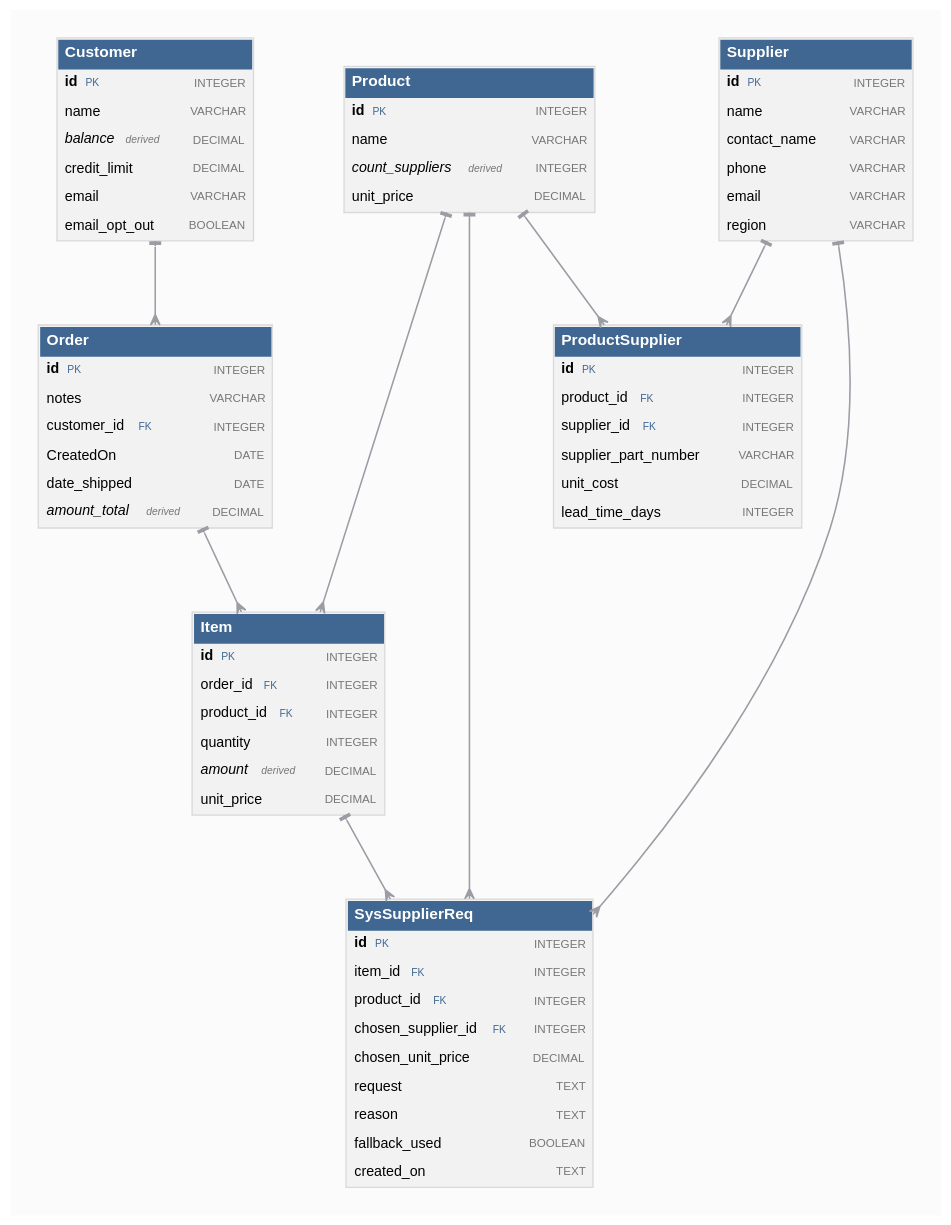
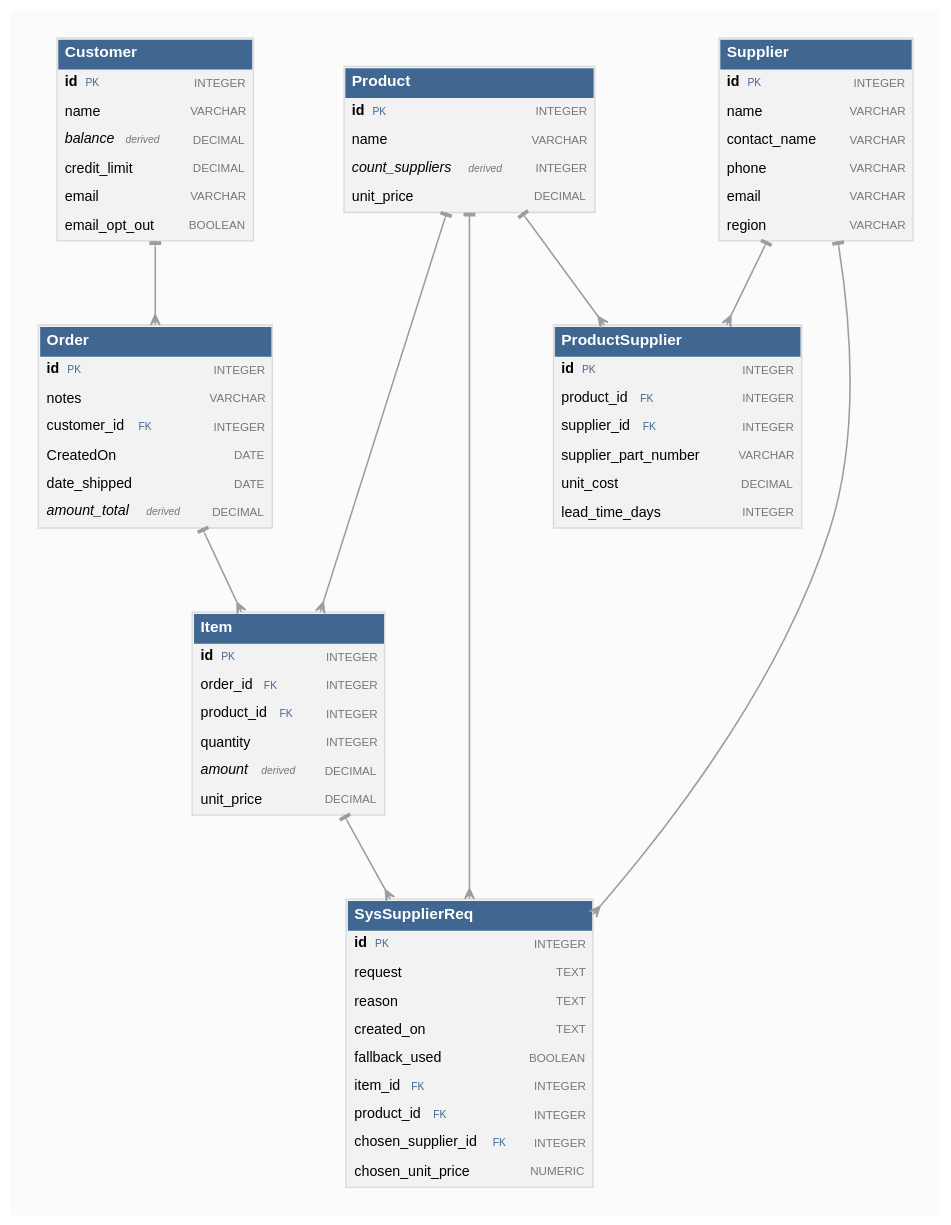
One commit to ApiLogicServer/ApiLogicServer-src changed the diagram in api_logic_server_cli/prototypes/manager/samples/basic_demo_ai_rules-supplier/docs/requirements/db_diagram.generated.dot. Above: the diagram before and after it, drawn with Graphviz. The commit also changed 89 other files, not shown here.

```diff
--- a/api_logic_server_cli/prototypes/manager/samples/basic_demo_ai_rules-supplier/docs/requirements/db_diagram.generated.dot
+++ b/api_logic_server_cli/prototypes/manager/samples/basic_demo_ai_rules-supplier/docs/requirements/db_diagram.generated.dot
@@ -1,21 +1,21 @@
 digraph db {
   graph [rankdir=TB, bgcolor="#fbfbfb", pad=0.3, nodesep=0.6, ranksep=0.9, fontname="Helvetica"];
   node [shape=plain, fontname="Helvetica", fontsize=11];
   edge [color="#9b9ca4", penwidth=1.2, dir=both, arrowtail=tee, arrowhead=crow, arrowsize=0.8];
   "Customer" [label=<<TABLE BORDER="1" COLOR="#d9d9d9" CELLBORDER="0" CELLSPACING="0" CELLPADDING="5" BGCOLOR="#f2f2f2"><TR><TD COLSPAN="2" ALIGN="LEFT" BGCOLOR="#3f6792"><FONT COLOR="white" POINT-SIZE="12"><B>Customer</B></FONT></TD></TR><TR><TD ALIGN="LEFT"><B>id</B> <FONT POINT-SIZE="8" COLOR="#3f6792">PK</FONT>&nbsp;&nbsp;</TD><TD ALIGN="RIGHT"><FONT POINT-SIZE="9" COLOR="#777777">INTEGER</FONT></TD></TR><TR><TD ALIGN="LEFT">name&nbsp;&nbsp;</TD><TD ALIGN="RIGHT"><FONT POINT-SIZE="9" COLOR="#777777">VARCHAR</FONT></TD></TR><TR><TD ALIGN="LEFT"><I>balance</I> <FONT POINT-SIZE="8" COLOR="#777777"><I>derived</I></FONT>&nbsp;&nbsp;</TD><TD ALIGN="RIGHT"><FONT POINT-SIZE="9" COLOR="#777777">DECIMAL</FONT></TD></TR><TR><TD ALIGN="LEFT">credit_limit&nbsp;&nbsp;</TD><TD ALIGN="RIGHT"><FONT POINT-SIZE="9" COLOR="#777777">DECIMAL</FONT></TD></TR><TR><TD ALIGN="LEFT">email&nbsp;&nbsp;</TD><TD ALIGN="RIGHT"><FONT POINT-SIZE="9" COLOR="#777777">VARCHAR</FONT></TD></TR><TR><TD ALIGN="LEFT">email_opt_out&nbsp;&nbsp;</TD><TD ALIGN="RIGHT"><FONT POINT-SIZE="9" COLOR="#777777">BOOLEAN</FONT></TD></TR></TABLE>>];
   "Item" [label=<<TABLE BORDER="1" COLOR="#d9d9d9" CELLBORDER="0" CELLSPACING="0" CELLPADDING="5" BGCOLOR="#f2f2f2"><TR><TD COLSPAN="2" ALIGN="LEFT" BGCOLOR="#3f6792"><FONT COLOR="white" POINT-SIZE="12"><B>Item</B></FONT></TD></TR><TR><TD ALIGN="LEFT"><B>id</B> <FONT POINT-SIZE="8" COLOR="#3f6792">PK</FONT>&nbsp;&nbsp;</TD><TD ALIGN="RIGHT"><FONT POINT-SIZE="9" COLOR="#777777">INTEGER</FONT></TD></TR><TR><TD ALIGN="LEFT">order_id <FONT POINT-SIZE="8" COLOR="#3f6792">FK</FONT>&nbsp;&nbsp;</TD><TD ALIGN="RIGHT"><FONT POINT-SIZE="9" COLOR="#777777">INTEGER</FONT></TD></TR><TR><TD ALIGN="LEFT">product_id <FONT POINT-SIZE="8" COLOR="#3f6792">FK</FONT>&nbsp;&nbsp;</TD><TD ALIGN="RIGHT"><FONT POINT-SIZE="9" COLOR="#777777">INTEGER</FONT></TD></TR><TR><TD ALIGN="LEFT">quantity&nbsp;&nbsp;</TD><TD ALIGN="RIGHT"><FONT POINT-SIZE="9" COLOR="#777777">INTEGER</FONT></TD></TR><TR><TD ALIGN="LEFT"><I>amount</I> <FONT POINT-SIZE="8" COLOR="#777777"><I>derived</I></FONT>&nbsp;&nbsp;</TD><TD ALIGN="RIGHT"><FONT POINT-SIZE="9" COLOR="#777777">DECIMAL</FONT></TD></TR><TR><TD ALIGN="LEFT">unit_price&nbsp;&nbsp;</TD><TD ALIGN="RIGHT"><FONT POINT-SIZE="9" COLOR="#777777">DECIMAL</FONT></TD></TR></TABLE>>];
   "Order" [label=<<TABLE BORDER="1" COLOR="#d9d9d9" CELLBORDER="0" CELLSPACING="0" CELLPADDING="5" BGCOLOR="#f2f2f2"><TR><TD COLSPAN="2" ALIGN="LEFT" BGCOLOR="#3f6792"><FONT COLOR="white" POINT-SIZE="12"><B>Order</B></FONT></TD></TR><TR><TD ALIGN="LEFT"><B>id</B> <FONT POINT-SIZE="8" COLOR="#3f6792">PK</FONT>&nbsp;&nbsp;</TD><TD ALIGN="RIGHT"><FONT POINT-SIZE="9" COLOR="#777777">INTEGER</FONT></TD></TR><TR><TD ALIGN="LEFT">notes&nbsp;&nbsp;</TD><TD ALIGN="RIGHT"><FONT POINT-SIZE="9" COLOR="#777777">VARCHAR</FONT></TD></TR><TR><TD ALIGN="LEFT">customer_id <FONT POINT-SIZE="8" COLOR="#3f6792">FK</FONT>&nbsp;&nbsp;</TD><TD ALIGN="RIGHT"><FONT POINT-SIZE="9" COLOR="#777777">INTEGER</FONT></TD></TR><TR><TD ALIGN="LEFT">CreatedOn&nbsp;&nbsp;</TD><TD ALIGN="RIGHT"><FONT POINT-SIZE="9" COLOR="#777777">DATE</FONT></TD></TR><TR><TD ALIGN="LEFT">date_shipped&nbsp;&nbsp;</TD><TD ALIGN="RIGHT"><FONT POINT-SIZE="9" COLOR="#777777">DATE</FONT></TD></TR><TR><TD ALIGN="LEFT"><I>amount_total</I> <FONT POINT-SIZE="8" COLOR="#777777"><I>derived</I></FONT>&nbsp;&nbsp;</TD><TD ALIGN="RIGHT"><FONT POINT-SIZE="9" COLOR="#777777">DECIMAL</FONT></TD></TR></TABLE>>];
   "Product" [label=<<TABLE BORDER="1" COLOR="#d9d9d9" CELLBORDER="0" CELLSPACING="0" CELLPADDING="5" BGCOLOR="#f2f2f2"><TR><TD COLSPAN="2" ALIGN="LEFT" BGCOLOR="#3f6792"><FONT COLOR="white" POINT-SIZE="12"><B>Product</B></FONT></TD></TR><TR><TD ALIGN="LEFT"><B>id</B> <FONT POINT-SIZE="8" COLOR="#3f6792">PK</FONT>&nbsp;&nbsp;</TD><TD ALIGN="RIGHT"><FONT POINT-SIZE="9" COLOR="#777777">INTEGER</FONT></TD></TR><TR><TD ALIGN="LEFT">name&nbsp;&nbsp;</TD><TD ALIGN="RIGHT"><FONT POINT-SIZE="9" COLOR="#777777">VARCHAR</FONT></TD></TR><TR><TD ALIGN="LEFT"><I>count_suppliers</I> <FONT POINT-SIZE="8" COLOR="#777777"><I>derived</I></FONT>&nbsp;&nbsp;</TD><TD ALIGN="RIGHT"><FONT POINT-SIZE="9" COLOR="#777777">INTEGER</FONT></TD></TR><TR><TD ALIGN="LEFT">unit_price&nbsp;&nbsp;</TD><TD ALIGN="RIGHT"><FONT POINT-SIZE="9" COLOR="#777777">DECIMAL</FONT></TD></TR></TABLE>>];
   "ProductSupplier" [label=<<TABLE BORDER="1" COLOR="#d9d9d9" CELLBORDER="0" CELLSPACING="0" CELLPADDING="5" BGCOLOR="#f2f2f2"><TR><TD COLSPAN="2" ALIGN="LEFT" BGCOLOR="#3f6792"><FONT COLOR="white" POINT-SIZE="12"><B>ProductSupplier</B></FONT></TD></TR><TR><TD ALIGN="LEFT"><B>id</B> <FONT POINT-SIZE="8" COLOR="#3f6792">PK</FONT>&nbsp;&nbsp;</TD><TD ALIGN="RIGHT"><FONT POINT-SIZE="9" COLOR="#777777">INTEGER</FONT></TD></TR><TR><TD ALIGN="LEFT">product_id <FONT POINT-SIZE="8" COLOR="#3f6792">FK</FONT>&nbsp;&nbsp;</TD><TD ALIGN="RIGHT"><FONT POINT-SIZE="9" COLOR="#777777">INTEGER</FONT></TD></TR><TR><TD ALIGN="LEFT">supplier_id <FONT POINT-SIZE="8" COLOR="#3f6792">FK</FONT>&nbsp;&nbsp;</TD><TD ALIGN="RIGHT"><FONT POINT-SIZE="9" COLOR="#777777">INTEGER</FONT></TD></TR><TR><TD ALIGN="LEFT">supplier_part_number&nbsp;&nbsp;</TD><TD ALIGN="RIGHT"><FONT POINT-SIZE="9" COLOR="#777777">VARCHAR</FONT></TD></TR><TR><TD ALIGN="LEFT">unit_cost&nbsp;&nbsp;</TD><TD ALIGN="RIGHT"><FONT POINT-SIZE="9" COLOR="#777777">DECIMAL</FONT></TD></TR><TR><TD ALIGN="LEFT">lead_time_days&nbsp;&nbsp;</TD><TD ALIGN="RIGHT"><FONT POINT-SIZE="9" COLOR="#777777">INTEGER</FONT></TD></TR></TABLE>>];
   "Supplier" [label=<<TABLE BORDER="1" COLOR="#d9d9d9" CELLBORDER="0" CELLSPACING="0" CELLPADDING="5" BGCOLOR="#f2f2f2"><TR><TD COLSPAN="2" ALIGN="LEFT" BGCOLOR="#3f6792"><FONT COLOR="white" POINT-SIZE="12"><B>Supplier</B></FONT></TD></TR><TR><TD ALIGN="LEFT"><B>id</B> <FONT POINT-SIZE="8" COLOR="#3f6792">PK</FONT>&nbsp;&nbsp;</TD><TD ALIGN="RIGHT"><FONT POINT-SIZE="9" COLOR="#777777">INTEGER</FONT></TD></TR><TR><TD ALIGN="LEFT">name&nbsp;&nbsp;</TD><TD ALIGN="RIGHT"><FONT POINT-SIZE="9" COLOR="#777777">VARCHAR</FONT></TD></TR><TR><TD ALIGN="LEFT">contact_name&nbsp;&nbsp;</TD><TD ALIGN="RIGHT"><FONT POINT-SIZE="9" COLOR="#777777">VARCHAR</FONT></TD></TR><TR><TD ALIGN="LEFT">phone&nbsp;&nbsp;</TD><TD ALIGN="RIGHT"><FONT POINT-SIZE="9" COLOR="#777777">VARCHAR</FONT></TD></TR><TR><TD ALIGN="LEFT">email&nbsp;&nbsp;</TD><TD ALIGN="RIGHT"><FONT POINT-SIZE="9" COLOR="#777777">VARCHAR</FONT></TD></TR><TR><TD ALIGN="LEFT">region&nbsp;&nbsp;</TD><TD ALIGN="RIGHT"><FONT POINT-SIZE="9" COLOR="#777777">VARCHAR</FONT></TD></TR></TABLE>>];
-  "SysSupplierReq" [label=<<TABLE BORDER="1" COLOR="#d9d9d9" CELLBORDER="0" CELLSPACING="0" CELLPADDING="5" BGCOLOR="#f2f2f2"><TR><TD COLSPAN="2" ALIGN="LEFT" BGCOLOR="#3f6792"><FONT COLOR="white" POINT-SIZE="12"><B>SysSupplierReq</B></FONT></TD></TR><TR><TD ALIGN="LEFT"><B>id</B> <FONT POINT-SIZE="8" COLOR="#3f6792">PK</FONT>&nbsp;&nbsp;</TD><TD ALIGN="RIGHT"><FONT POINT-SIZE="9" COLOR="#777777">INTEGER</FONT></TD></TR><TR><TD ALIGN="LEFT">item_id <FONT POINT-SIZE="8" COLOR="#3f6792">FK</FONT>&nbsp;&nbsp;</TD><TD ALIGN="RIGHT"><FONT POINT-SIZE="9" COLOR="#777777">INTEGER</FONT></TD></TR><TR><TD ALIGN="LEFT">product_id <FONT POINT-SIZE="8" COLOR="#3f6792">FK</FONT>&nbsp;&nbsp;</TD><TD ALIGN="RIGHT"><FONT POINT-SIZE="9" COLOR="#777777">INTEGER</FONT></TD></TR><TR><TD ALIGN="LEFT">chosen_supplier_id <FONT POINT-SIZE="8" COLOR="#3f6792">FK</FONT>&nbsp;&nbsp;</TD><TD ALIGN="RIGHT"><FONT POINT-SIZE="9" COLOR="#777777">INTEGER</FONT></TD></TR><TR><TD ALIGN="LEFT">chosen_unit_price&nbsp;&nbsp;</TD><TD ALIGN="RIGHT"><FONT POINT-SIZE="9" COLOR="#777777">DECIMAL</FONT></TD></TR><TR><TD ALIGN="LEFT">request&nbsp;&nbsp;</TD><TD ALIGN="RIGHT"><FONT POINT-SIZE="9" COLOR="#777777">TEXT</FONT></TD></TR><TR><TD ALIGN="LEFT">reason&nbsp;&nbsp;</TD><TD ALIGN="RIGHT"><FONT POINT-SIZE="9" COLOR="#777777">TEXT</FONT></TD></TR><TR><TD ALIGN="LEFT">fallback_used&nbsp;&nbsp;</TD><TD ALIGN="RIGHT"><FONT POINT-SIZE="9" COLOR="#777777">BOOLEAN</FONT></TD></TR><TR><TD ALIGN="LEFT">created_on&nbsp;&nbsp;</TD><TD ALIGN="RIGHT"><FONT POINT-SIZE="9" COLOR="#777777">TEXT</FONT></TD></TR></TABLE>>];
+  "SysSupplierReq" [label=<<TABLE BORDER="1" COLOR="#d9d9d9" CELLBORDER="0" CELLSPACING="0" CELLPADDING="5" BGCOLOR="#f2f2f2"><TR><TD COLSPAN="2" ALIGN="LEFT" BGCOLOR="#3f6792"><FONT COLOR="white" POINT-SIZE="12"><B>SysSupplierReq</B></FONT></TD></TR><TR><TD ALIGN="LEFT"><B>id</B> <FONT POINT-SIZE="8" COLOR="#3f6792">PK</FONT>&nbsp;&nbsp;</TD><TD ALIGN="RIGHT"><FONT POINT-SIZE="9" COLOR="#777777">INTEGER</FONT></TD></TR><TR><TD ALIGN="LEFT">request&nbsp;&nbsp;</TD><TD ALIGN="RIGHT"><FONT POINT-SIZE="9" COLOR="#777777">TEXT</FONT></TD></TR><TR><TD ALIGN="LEFT">reason&nbsp;&nbsp;</TD><TD ALIGN="RIGHT"><FONT POINT-SIZE="9" COLOR="#777777">TEXT</FONT></TD></TR><TR><TD ALIGN="LEFT">created_on&nbsp;&nbsp;</TD><TD ALIGN="RIGHT"><FONT POINT-SIZE="9" COLOR="#777777">TEXT</FONT></TD></TR><TR><TD ALIGN="LEFT">fallback_used&nbsp;&nbsp;</TD><TD ALIGN="RIGHT"><FONT POINT-SIZE="9" COLOR="#777777">BOOLEAN</FONT></TD></TR><TR><TD ALIGN="LEFT">item_id <FONT POINT-SIZE="8" COLOR="#3f6792">FK</FONT>&nbsp;&nbsp;</TD><TD ALIGN="RIGHT"><FONT POINT-SIZE="9" COLOR="#777777">INTEGER</FONT></TD></TR><TR><TD ALIGN="LEFT">product_id <FONT POINT-SIZE="8" COLOR="#3f6792">FK</FONT>&nbsp;&nbsp;</TD><TD ALIGN="RIGHT"><FONT POINT-SIZE="9" COLOR="#777777">INTEGER</FONT></TD></TR><TR><TD ALIGN="LEFT">chosen_supplier_id <FONT POINT-SIZE="8" COLOR="#3f6792">FK</FONT>&nbsp;&nbsp;</TD><TD ALIGN="RIGHT"><FONT POINT-SIZE="9" COLOR="#777777">INTEGER</FONT></TD></TR><TR><TD ALIGN="LEFT">chosen_unit_price&nbsp;&nbsp;</TD><TD ALIGN="RIGHT"><FONT POINT-SIZE="9" COLOR="#777777">NUMERIC</FONT></TD></TR></TABLE>>];
   "Order" -> "Item";
   "Product" -> "Item";
   "Customer" -> "Order";
   "Product" -> "ProductSupplier";
   "Supplier" -> "ProductSupplier";
   "Supplier" -> "SysSupplierReq";
   "Item" -> "SysSupplierReq";
   "Product" -> "SysSupplierReq";
   { rank=min; "Customer"; "Product"; "Supplier"; }
 }
```
